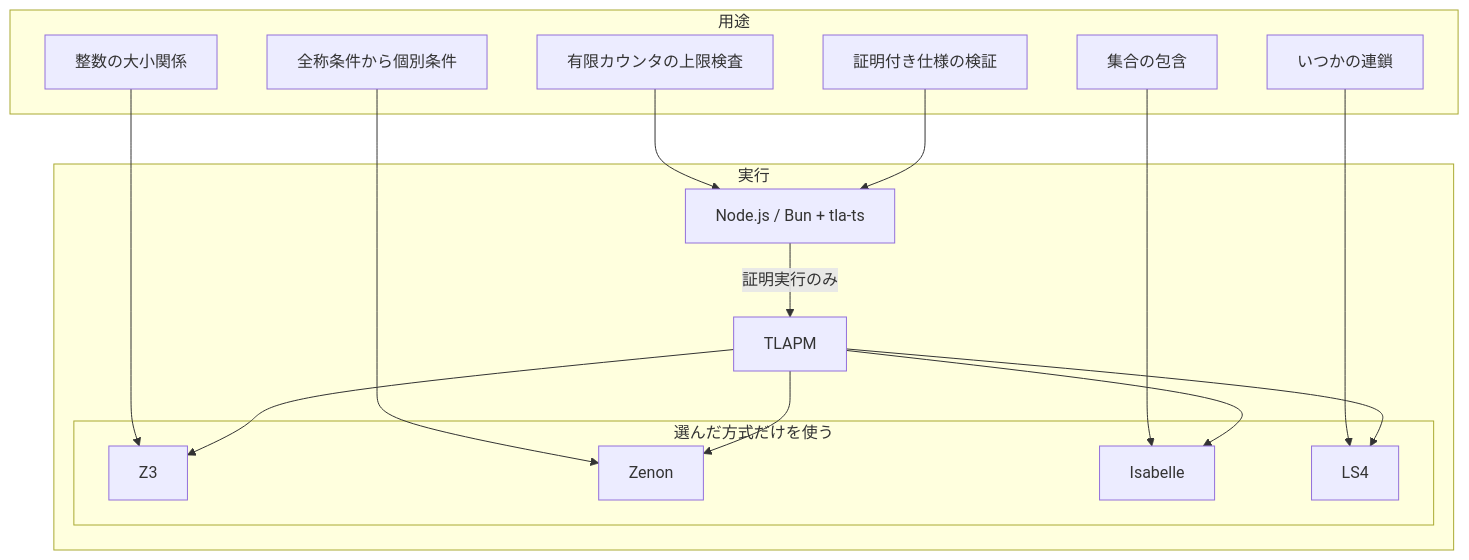
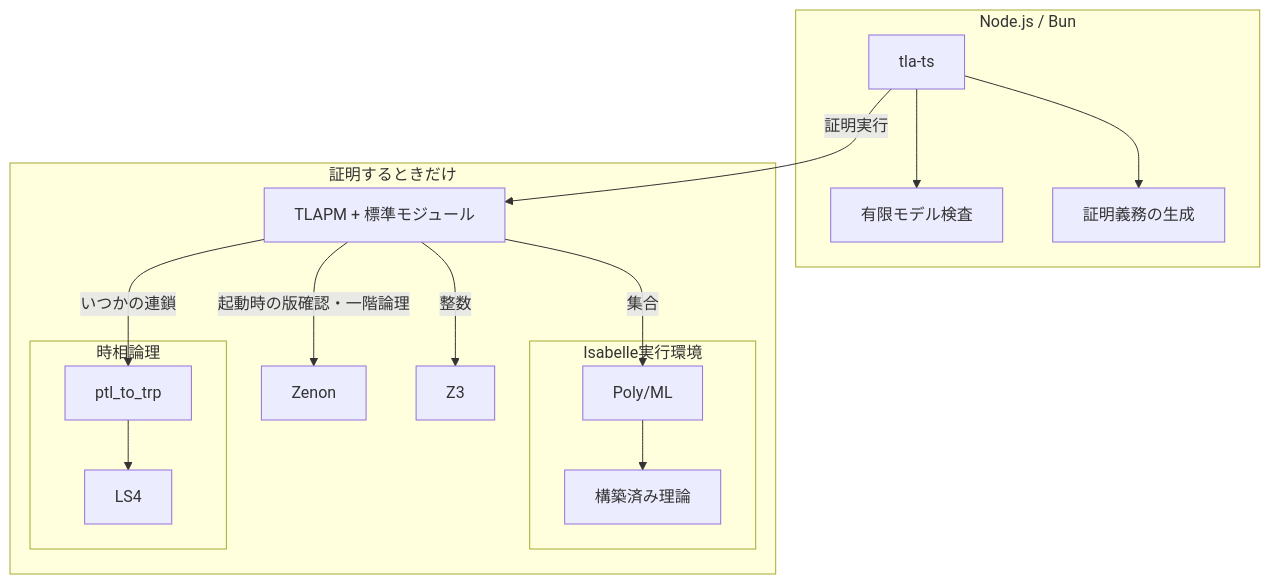
Before and after one commit to roccho-dev/proofs: the first of 2 diagrams in README.md, drawn with Mermaid. The commit also changed other lines of this file and 3 other files, not shown here.

````diff
--- a/README.md
+++ b/README.md
@@ -18,32 +25,30 @@
 ```mermaid
 flowchart TB
-  subgraph Cases["用途"]
-    M["有限カウンタの上限検査"]
-    P["証明付き仕様の検証"]
-    Z["整数の大小関係"]
-    N["全称条件から個別条件"]
-    I["集合の包含"]
-    L["いつかの連鎖"]
+  subgraph JS["Node.js / Bun"]
+    T["tla-ts"]
+    M["有限モデル検査"]
+    O["証明義務の生成"]
   end
-  subgraph Runtime["実行"]
-    TS["Node.js / Bun + tla-ts"]
-    PM["TLAPM"]
-    subgraph Backends["選んだ方式だけを使う"]
-      Z3["Z3"]
-      ZE["Zenon"]
-      IS["Isabelle"]
+  subgraph External["証明するときだけ"]
+    PM["TLAPM + 標準モジュール"]
+    ZN["Zenon"]
+    Z3["Z3"]
+    subgraph Isa["Isabelle実行環境"]
+      ML["Poly/ML"]
+      H["構築済み理論"]
+    end
+    subgraph Temporal["時相論理"]
+      TR["ptl_to_trp"]
       LS["LS4"]
     end
   end
-  M --> TS
-  P --> TS
-  TS -->|"証明実行のみ"| PM
-  Z --> Z3
-  N --> ZE
-  I --> IS
-  L --> LS
-  PM --> Z3
-  PM --> ZE
-  PM --> IS
-  PM --> LS
+  T --> M
+  T --> O
+  T -->|"証明実行"| PM
+  PM -->|"起動時の版確認・一階論理"| ZN
+  PM -->|"整数"| Z3
+  PM -->|"集合"| ML
+  ML --> H
+  PM -->|"いつかの連鎖"| TR
+  TR --> LS
 ```
````
